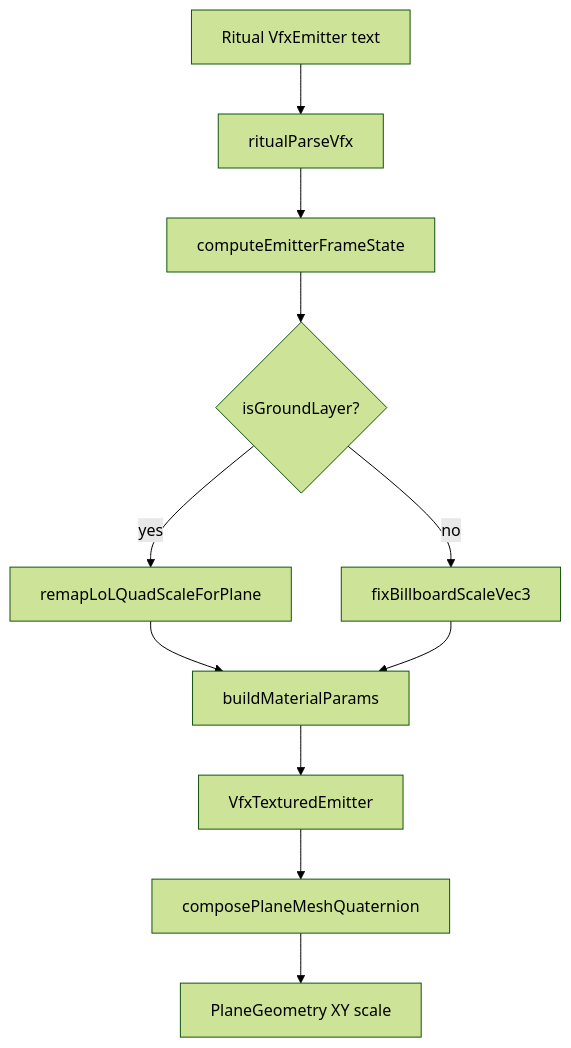
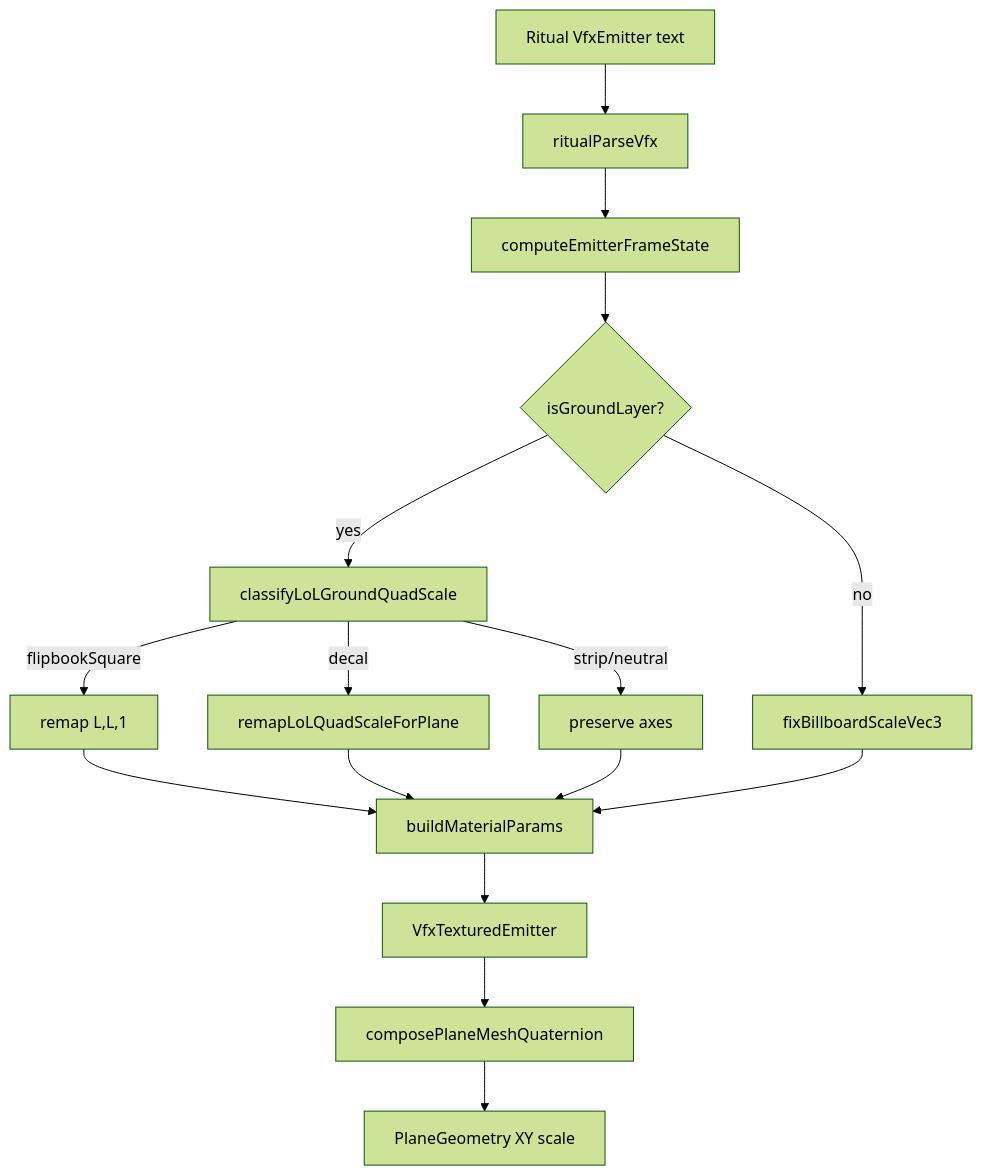
Before and after one commit to JunioCesar96/Node-Graphs-League-of-Legends: the first of 2 diagrams in feature_md/feature/feature-vfx-ground-quad-transform.md, drawn with Mermaid (forest theme). The commit also changed other lines of this file and 2249 other files, not shown here.

````diff
--- a/feature_md/feature/feature-vfx-ground-quad-transform.md
+++ b/feature_md/feature/feature-vfx-ground-quad-transform.md
@@ -33,13 +33,18 @@
 ```mermaid
 flowchart TD
   ritual[Ritual VfxEmitter text] --> parse[ritualParseVfx]
   parse --> frame[computeEmitterFrameState]
   frame --> groundCheck{isGroundLayer?}
-  groundCheck -->|yes| scaleRemap[remapLoLQuadScaleForPlane]
+  groundCheck -->|yes| classify[classifyLoLGroundQuadScale]
+  classify -->|decal| scaleRemap[remapLoLQuadScaleForPlane]
+  classify -->|flipbookSquare| squareRemap["remap L,L,1"]
+  classify -->|strip/neutral| preserve[preserve axes]
+  squareRemap --> mat
   groundCheck -->|no| billboardFix[fixBillboardScaleVec3]
   scaleRemap --> mat[buildMaterialParams]
+  preserve --> mat
   billboardFix --> mat
   mat --> mesh[VfxTexturedEmitter]
   mesh --> quat[composePlaneMeshQuaternion]
   quat --> render[PlaneGeometry XY scale]
 ```
````
